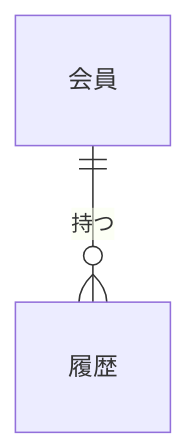
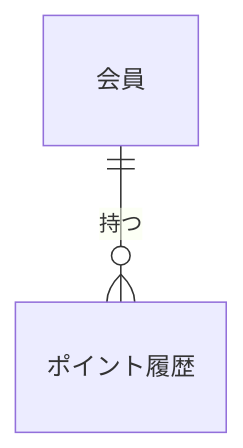
One commit to kasiopeiya/claude-dev-template changed the first of 7 diagrams in samples/docs/requirements.md. Above: the diagram before and after it, drawn with Mermaid. The commit also changed other lines of this file and 2 other files, not shown here.

````diff
--- a/samples/docs/requirements.md
+++ b/samples/docs/requirements.md
@@ -261,6 +261,6 @@
 ```mermaid
 erDiagram
     MEMBER["会員"]
-    HISTORY["履歴"]
+    HISTORY["ポイント履歴"]
     MEMBER ||--o{ HISTORY : 持つ
 ```
````
